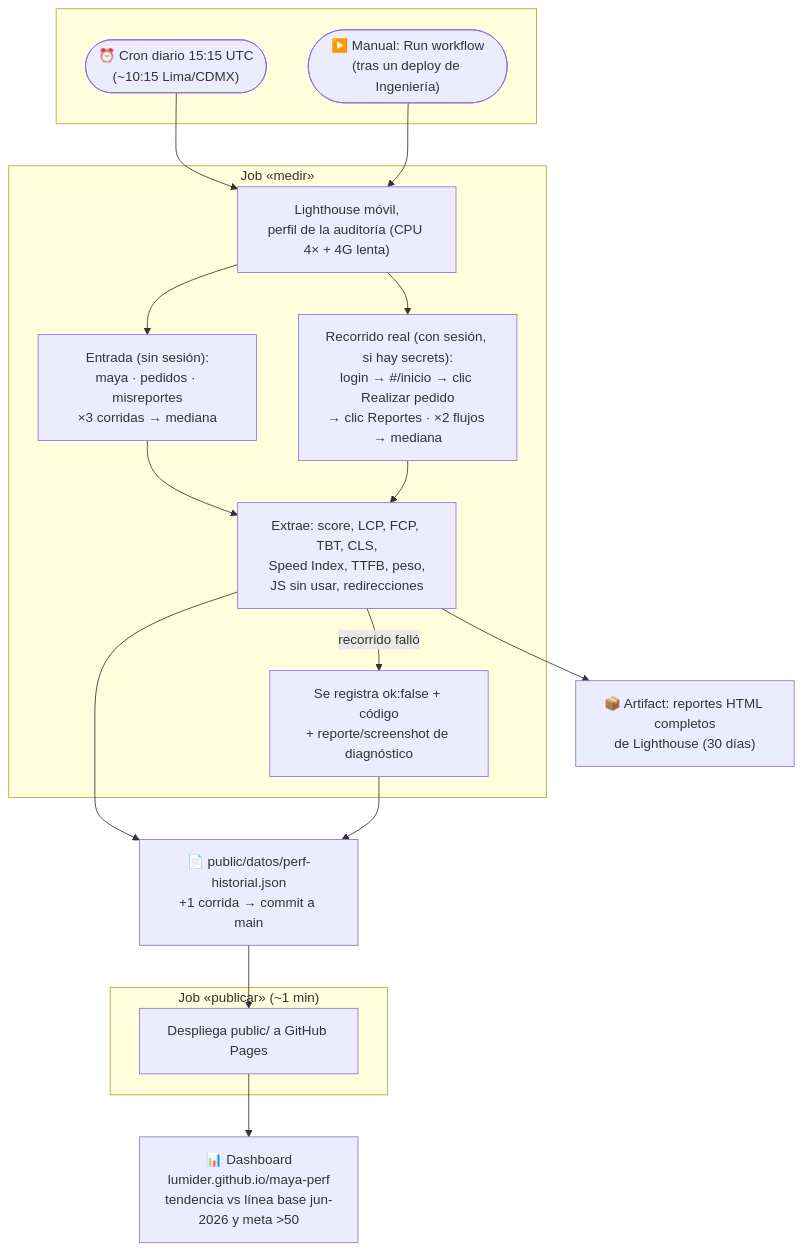
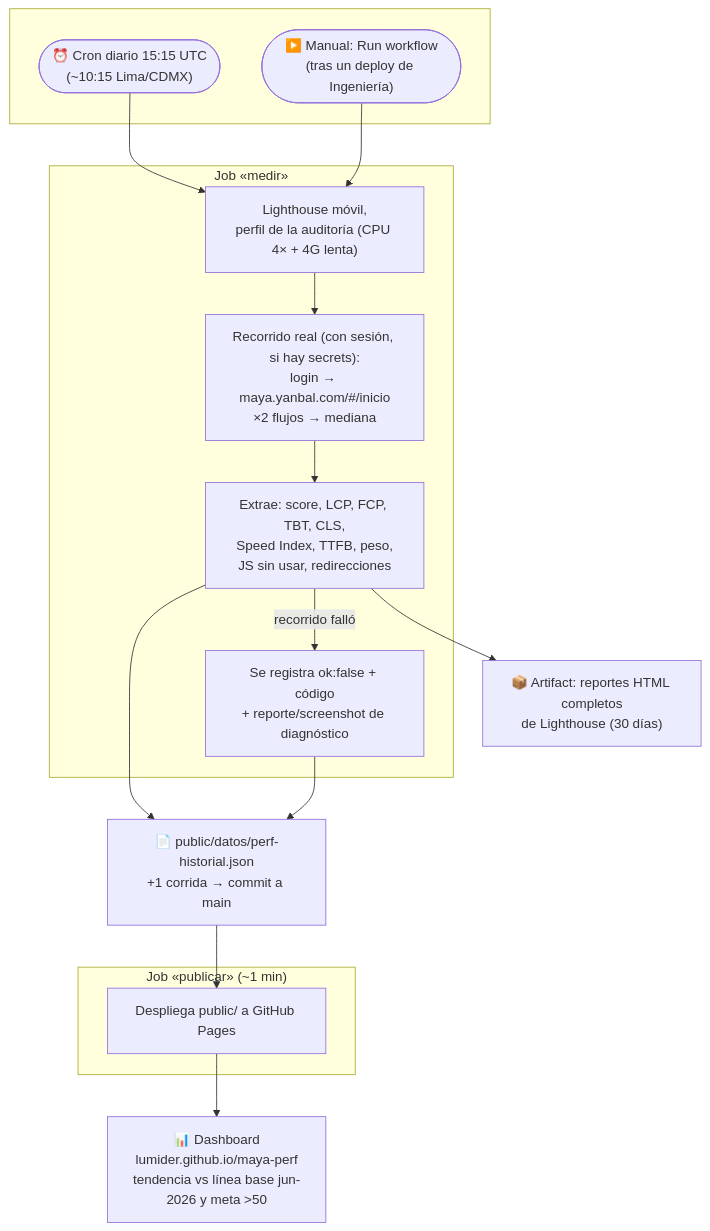
The diagram in README.md (Lumider/maya-perf), drawn with Mermaid before and after one commit. The commit also changed other lines of this file and 4 other files, not shown here.

First line of the commit message:
Alcance: solo el Portal Maya (#/inicio) con sesión; se retira la data anterior

````diff
--- a/README.md
+++ b/README.md
@@ -37,30 +36,29 @@
 ```mermaid
 flowchart TB
   subgraph disparo [" "]
     CRON(["⏰ Cron diario 15:15 UTC<br/>(~10:15 Lima/CDMX)"])
     MANUAL(["▶️ Manual: Run workflow<br/>(tras un deploy de Ingeniería)"])
   end
 
   CRON --> MEDIR
   MANUAL --> MEDIR
 
   subgraph medir ["Job «medir»"]
     MEDIR["Lighthouse móvil,<br/>perfil de la auditoría (CPU 4× + 4G lenta)"]
-    MEDIR --> ANON["Entrada (sin sesión):<br/>maya · pedidos · misreportes<br/>×3 corridas → mediana"]
-    MEDIR --> SES["Recorrido real (con sesión, si hay secrets):<br/>login → #/inicio → clic Realizar pedido<br/>→ clic Reportes · ×2 flujos → mediana"]
-    ANON & SES --> EXTRAE["Extrae: score, LCP, FCP, TBT, CLS,<br/>Speed Index, TTFB, peso,<br/>JS sin usar, redirecciones"]
+    MEDIR --> SES["Recorrido real (con sesión, si hay secrets):<br/>login → maya.yanbal.com/#/inicio<br/>×2 flujos → mediana"]
+    SES --> EXTRAE["Extrae: score, LCP, FCP, TBT, CLS,<br/>Speed Index, TTFB, peso,<br/>JS sin usar, redirecciones"]
     EXTRAE -->|"recorrido falló"| ERR["Se registra ok:false + código<br/>+ reporte/screenshot de diagnóstico"]
   end
 
   EXTRAE --> HIST["📄 public/datos/perf-historial.json<br/>+1 corrida → commit a main"]
   ERR --> HIST
   EXTRAE --> ART["📦 Artifact: reportes HTML completos<br/>de Lighthouse (30 días)"]
 
   HIST --> PUB
 
   subgraph publicar ["Job «publicar» (~1 min)"]
     PUB["Despliega public/ a GitHub Pages"]
   end
 
   PUB --> DASH["📊 Dashboard<br/>lumider.github.io/maya-perf<br/>tendencia vs línea base jun-2026 y meta >50"]
 ```
````
